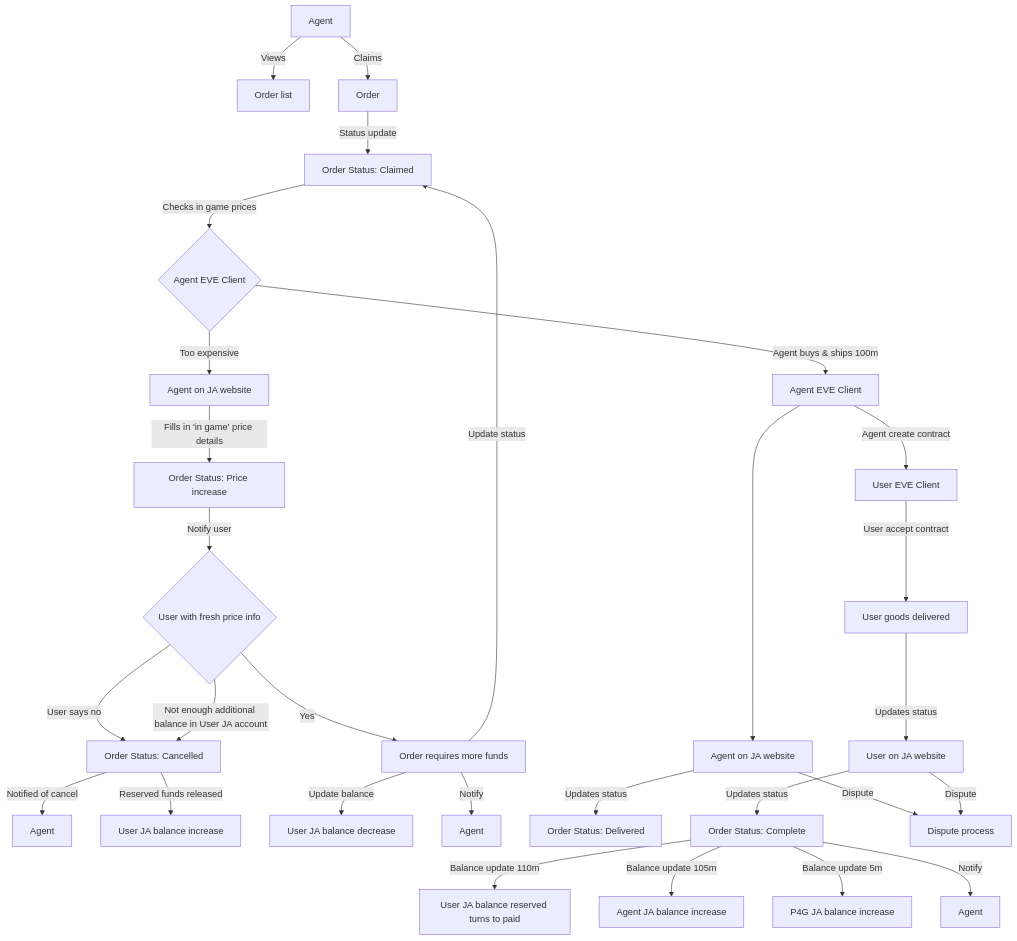
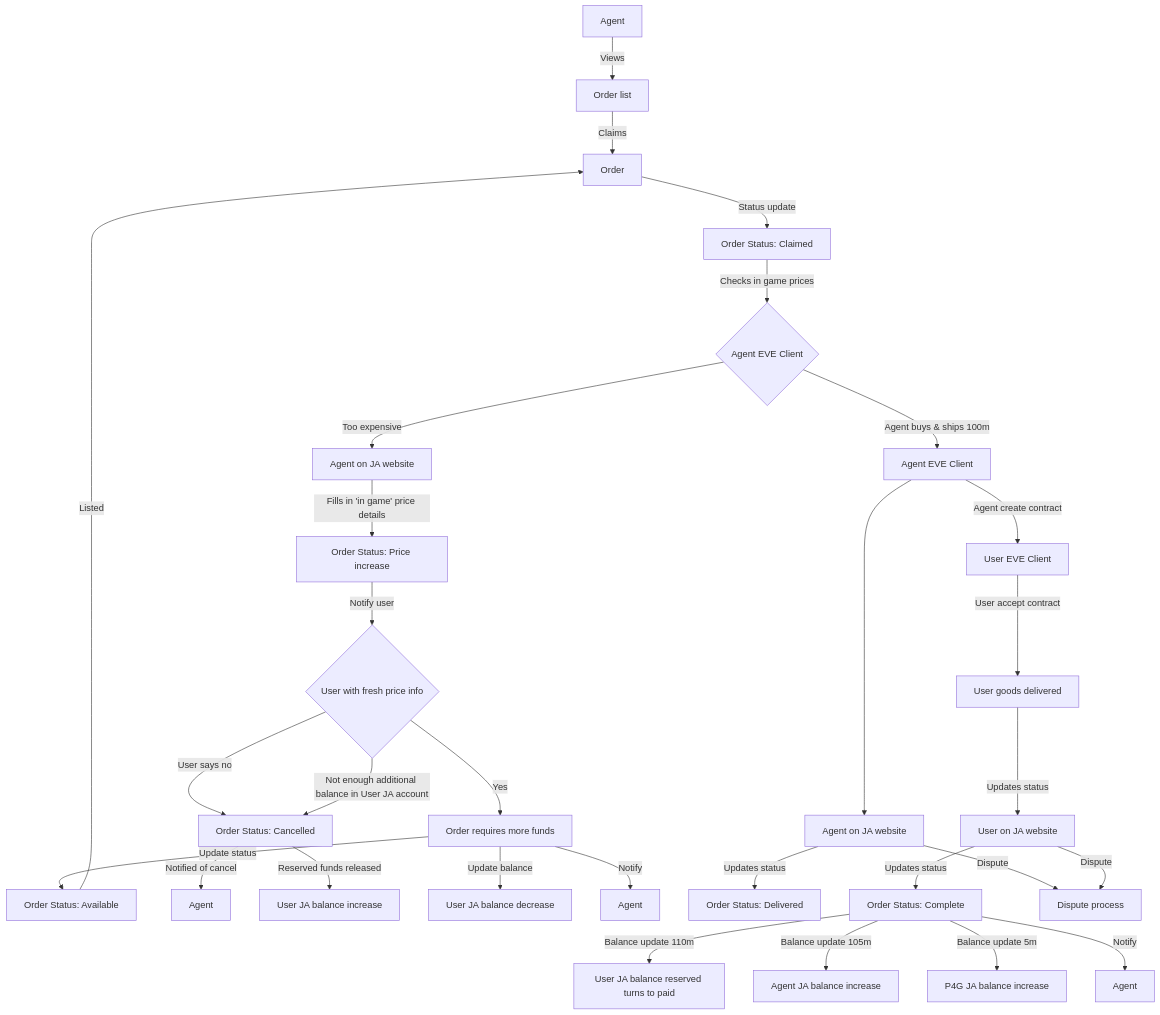
One commit to dangarfield/eve-jita-anywhere changed the third of 6 diagrams in README.md. Above: the diagram before and after it, drawn with Mermaid. The commit also changed other lines of this file and 10 other files, not shown here.

````diff
--- a/README.md
+++ b/README.md
@@ -31,42 +31,41 @@
 ```mermaid
 flowchart TD
 
     c1[Agent] -- Views --> c2[Order list];
-    c1[Agent] -- Claims --> c3[Order];
+    c2 -- Claims --> c3[Order];
+    c3a[Order Status: Available] -- Listed --> c3[Order];
     c3 -- Status update --> c4[Order Status: Claimed];
     c4 -- Checks in game prices --> c5{Agent EVE Client};
     c5 -- Too expensive --> c6[Agent on JA website];
     c6 -- Fills in 'in game' price details --> c8[Order Status: Price increase];
     c8 -- Notify user --> c9{User with fresh price info};
 
     c9 -- User says no --> c10[Order Status: Cancelled];
     c9 -- Not enough additional balance in User JA account  --> c10;
     c9 -- Yes --> c12[Order requires more funds];
 
     c10 -- Notified of cancel --> c11[Agent];
     c10 -- Reserved funds released --> c13[User JA balance increase];
 
     c12 -- Update balance --> c14[User JA balance decrease];
-    c12 -- Update status --> c4;
+    c12 -- Update status --> c3a;
     c12 -- Notify --> c12a[Agent];
     c5 -- Agent buys & ships 100m --> c16[Agent EVE Client];
     c16 -- Agent create contract --> c17[User EVE Client];
     c17 -- User accept contract --> c18[User goods delivered];
     c16 --> c19[Agent on JA website];
 
     c19 -- Updates status --> c20a[Order Status: Delivered];
     c18 -- Updates status --> c20b[User on JA website];
 
     c20b -- Updates status --> c20[Order Status: Complete];
 
     c20 -- Balance update 110m --> c21[User JA balance reserved turns to paid];
     c20 -- Balance update 105m --> c22[Agent JA balance increase];
     c20 -- Balance update 5m --> c23[P4G JA balance increase];
     c20 -- Notify --> c25[Agent]
 
 
     c19 -- Dispute --> c24[Dispute process];
     c20b -- Dispute --> c24[Dispute process];
-
-
 ```
````
